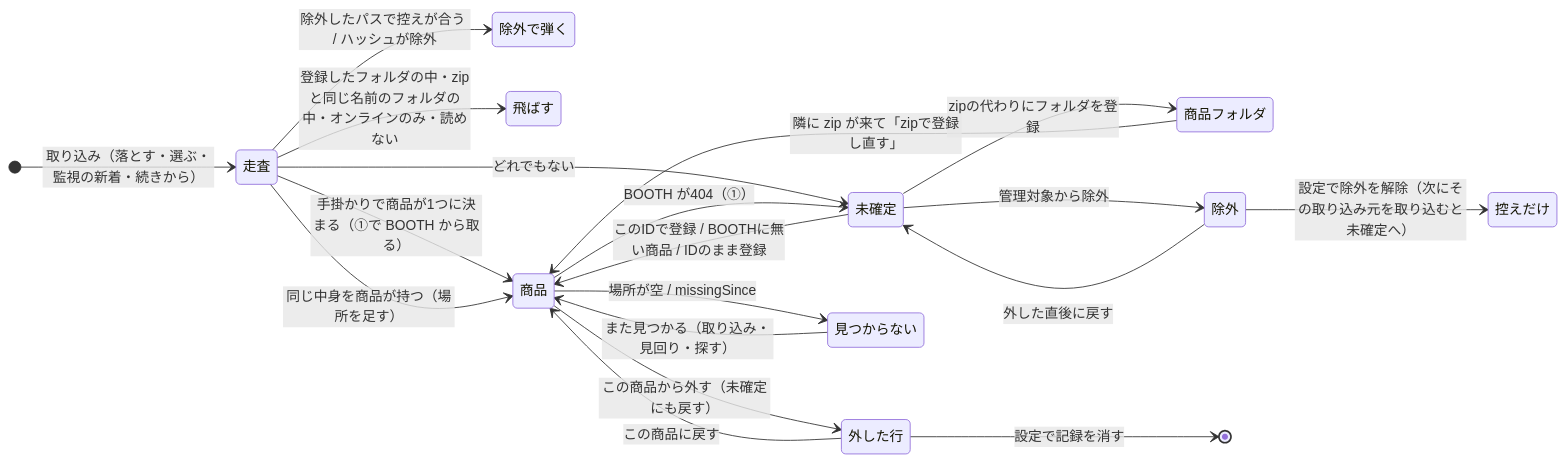
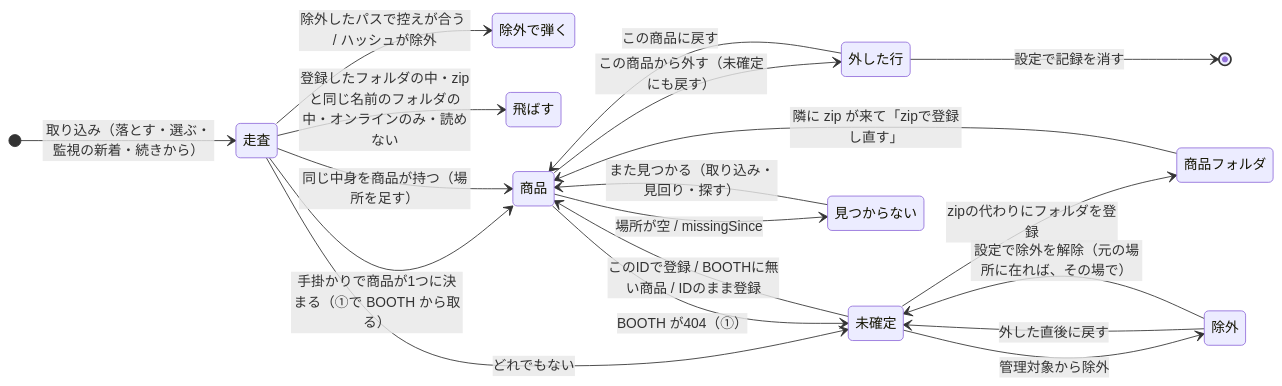
Before and after one commit to kumo-mayu/chmonos: the diagram in docs/dev/file-lifecycle.md, drawn with Mermaid. The commit also changed other lines of this file and 9 other files, not shown here.

````diff
--- a/docs/dev/file-lifecycle.md
+++ b/docs/dev/file-lifecycle.md
@@ -20,22 +20,22 @@
 ```mermaid
 stateDiagram-v2
     direction LR
     [*] --> 走査: 取り込み（落とす・選ぶ・監視の新着・続きから）
     走査 --> 除外で弾く: 除外したパスで控えが合う / ハッシュが除外
     走査 --> 飛ばす: 登録したフォルダの中・zipと同じ名前のフォルダの中・オンラインのみ・読めない
     走査 --> 商品: 手掛かりで商品が1つに決まる（①で BOOTH から取る）
     走査 --> 商品: 同じ中身を商品が持つ（場所を足す）
     走査 --> 未確定: どれでもない
     商品 --> 未確定: BOOTH が404（①）
     未確定 --> 商品: このIDで登録 / BOOTHに無い商品 / IDのまま登録
     未確定 --> 商品フォルダ: zipの代わりにフォルダを登録
     未確定 --> 除外: 管理対象から除外
     除外 --> 未確定: 外した直後に戻す
-    除外 --> 控えだけ: 設定で除外を解除（次にその取り込み元を取り込むと未確定へ）
+    除外 --> 未確定: 設定で除外を解除（元の場所に在れば、その場で）
     商品 --> 外した行: この商品から外す（未確定にも戻す）
     外した行 --> 商品: この商品に戻す
     外した行 --> [*]: 設定で記録を消す
     商品 --> 見つからない: 場所が空 / missingSince
     見つからない --> 商品: また見つかる（取り込み・見回り・探す）
     商品フォルダ --> 商品: 隣に zip が来て「zipで登録し直す」
 ```
````
